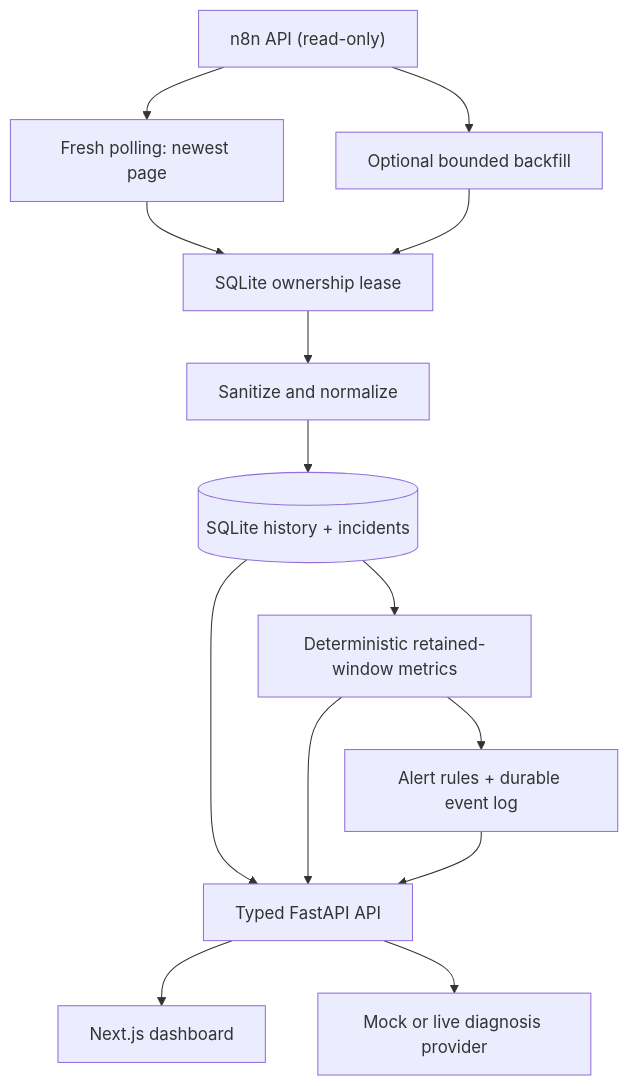
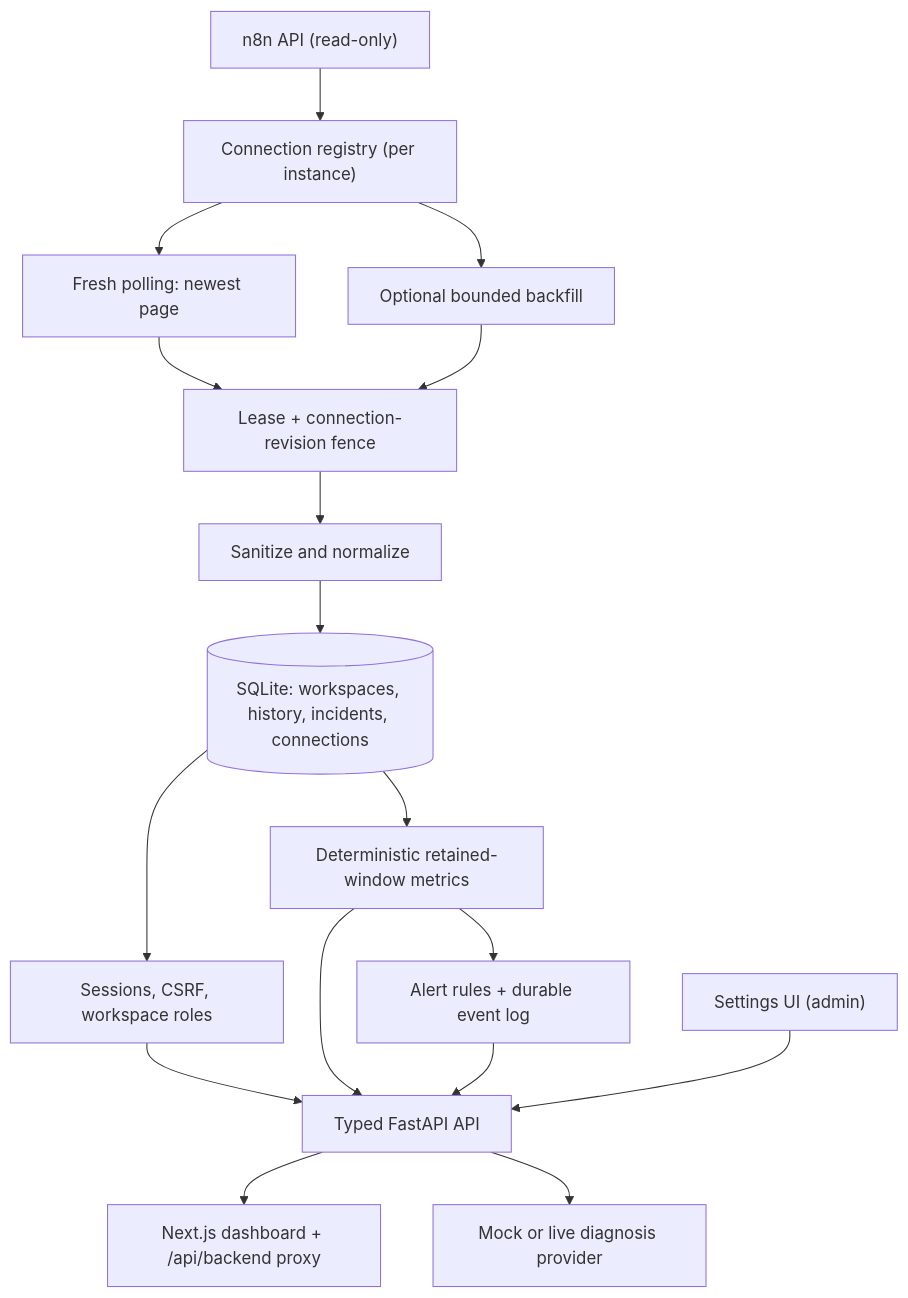
Before and after one commit to ShubhxYT/FlowMedic-n8n: the diagram in README.md, drawn with Mermaid. The commit also changed other lines of this file, not shown here.

First line of the commit message:
docs: refresh README for workspaces, GUI connections, and deployment

````diff
--- a/README.md
+++ b/README.md
@@ -59,16 +107,19 @@
 ```mermaid
 flowchart TB
-    n8n["n8n API (read-only)"] --> fresh["Fresh polling: newest page"]
-    n8n --> backfill["Optional bounded backfill"]
-    fresh --> lease["SQLite ownership lease"]
-    backfill --> lease
-    lease --> normalize["Sanitize and normalize"]
-    normalize --> storage[("SQLite history + incidents")]
+    n8n["n8n API (read-only)"] --> registry["Connection registry (per instance)"]
+    registry --> fresh["Fresh polling: newest page"]
+    registry --> backfill["Optional bounded backfill"]
+    fresh --> fence["Lease + connection-revision fence"]
+    backfill --> fence
+    fence --> normalize["Sanitize and normalize"]
+    normalize --> storage[("SQLite: workspaces, history, incidents, connections")]
     storage --> metrics["Deterministic retained-window metrics"]
     metrics --> alerts["Alert rules + durable event log"]
-    storage --> api["Typed FastAPI API"]
+    storage --> auth["Sessions, CSRF, workspace roles"]
+    auth --> api["Typed FastAPI API"]
     metrics --> api
     alerts --> api
-    api --> dashboard["Next.js dashboard"]
+    api --> dashboard["Next.js dashboard + /api/backend proxy"]
     api --> provider["Mock or live diagnosis provider"]
+    settings["Settings UI (admin)"] --> api
 ```
````
